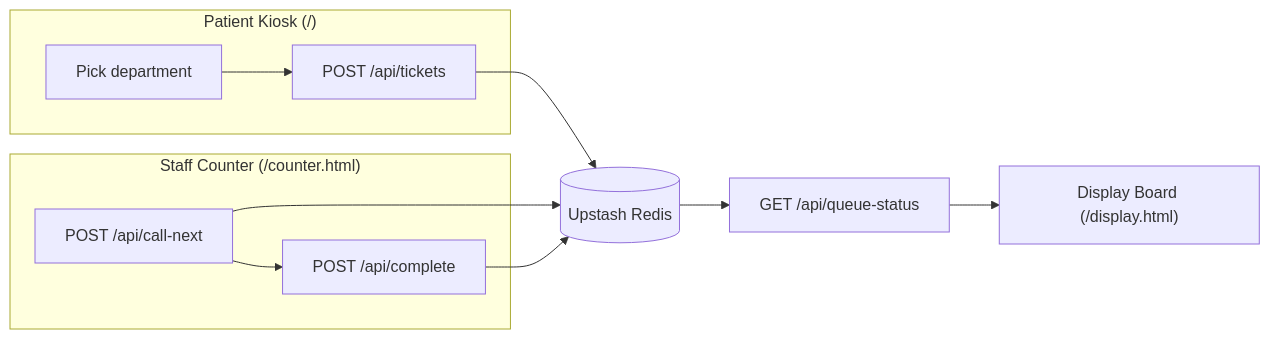
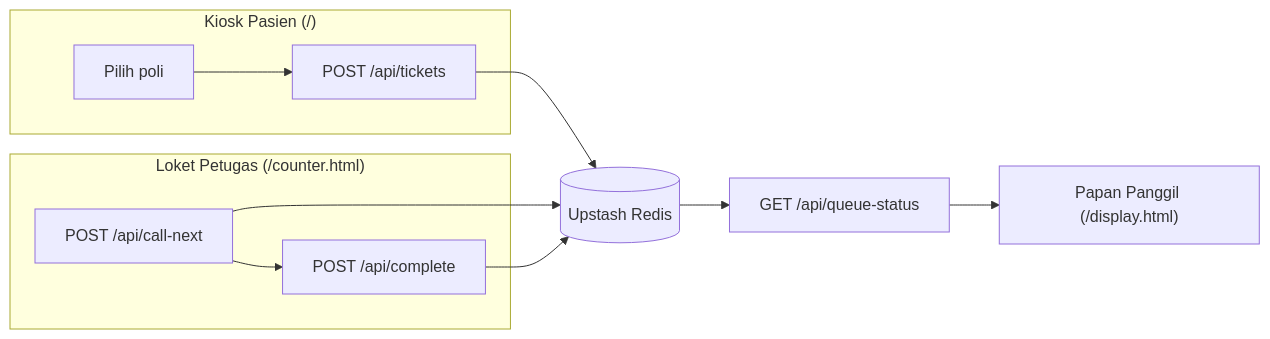
Before and after one commit to WahyuAriyadi/Hospital-queueflow: the diagram in README.md, drawn with Mermaid. The commit also changed other lines of this file and 22 other files, not shown here.

````diff
--- a/README.md
+++ b/README.md
@@ -23,16 +21,16 @@
 ```mermaid
 flowchart LR
-    subgraph Kiosk["Patient Kiosk (/)"]
-        A[Pick department] --> B["POST /api/tickets"]
+    subgraph Kiosk["Kiosk Pasien (/)"]
+        A[Pilih poli] --> B["POST /api/tickets"]
     end
 
-    subgraph Counter["Staff Counter (/counter.html)"]
+    subgraph Loket["Loket Petugas (/counter.html)"]
         C["POST /api/call-next"] --> D["POST /api/complete"]
     end
 
     B --> R[(Upstash Redis)]
     C --> R
     D --> R
     R --> E["GET /api/queue-status"]
-    E --> F["Display Board (/display.html)"]
+    E --> F["Papan Panggil (/display.html)"]
 ```
````
